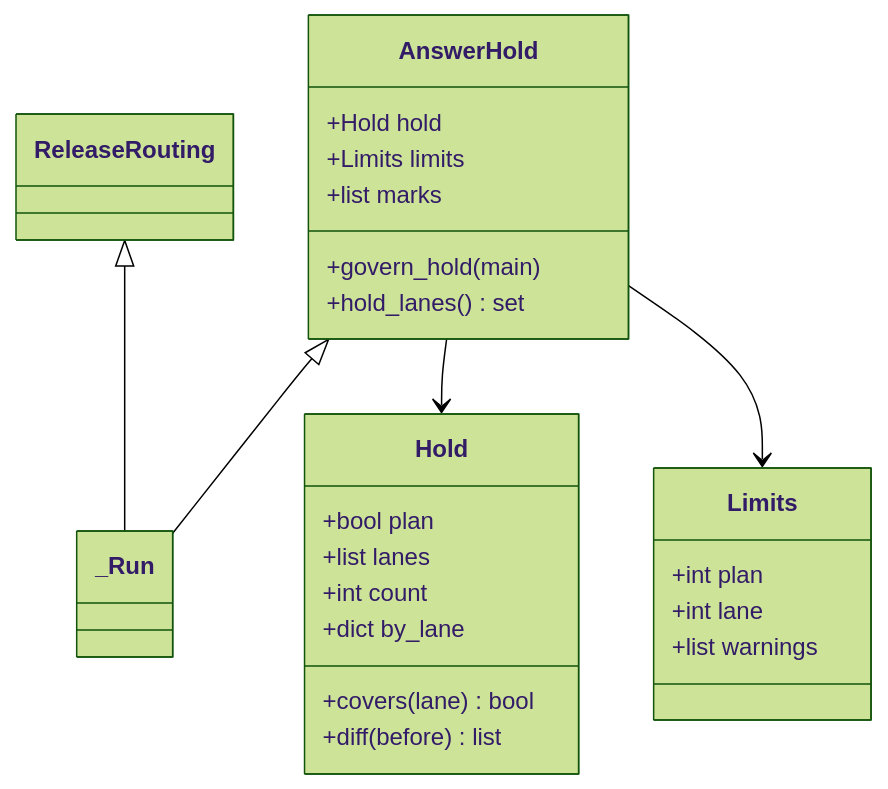
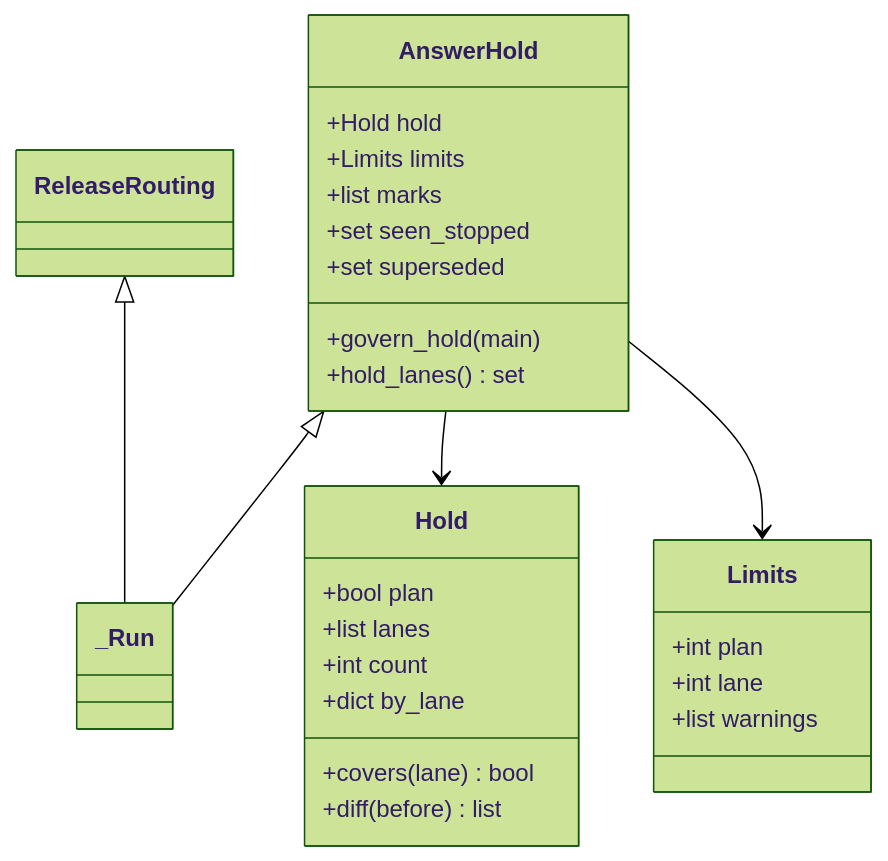
The third of 5 diagrams in issues/issue-2707-design.md (devbasex/ai-plugins), drawn with Mermaid (forest theme) before and after one commit. The commit also changed other lines of this file and 1 other file, not shown here.

````diff
--- a/issues/issue-2707-design.md
+++ b/issues/issue-2707-design.md
@@ -212,29 +212,31 @@
 ```mermaid
 classDiagram
     class Limits {
         +int plan
         +int lane
         +list warnings
     }
     class Hold {
         +bool plan
         +list lanes
         +int count
         +dict by_lane
         +covers(lane) bool
         +diff(before) list
     }
     class AnswerHold {
         +Hold hold
         +Limits limits
         +list marks
+        +set seen_stopped
+        +set superseded
         +govern_hold(main)
         +hold_lanes() set
     }
     class ReleaseRouting
     class _Run
     ReleaseRouting <|-- _Run
     AnswerHold <|-- _Run
     AnswerHold --> Hold
     AnswerHold --> Limits
 ```
````
